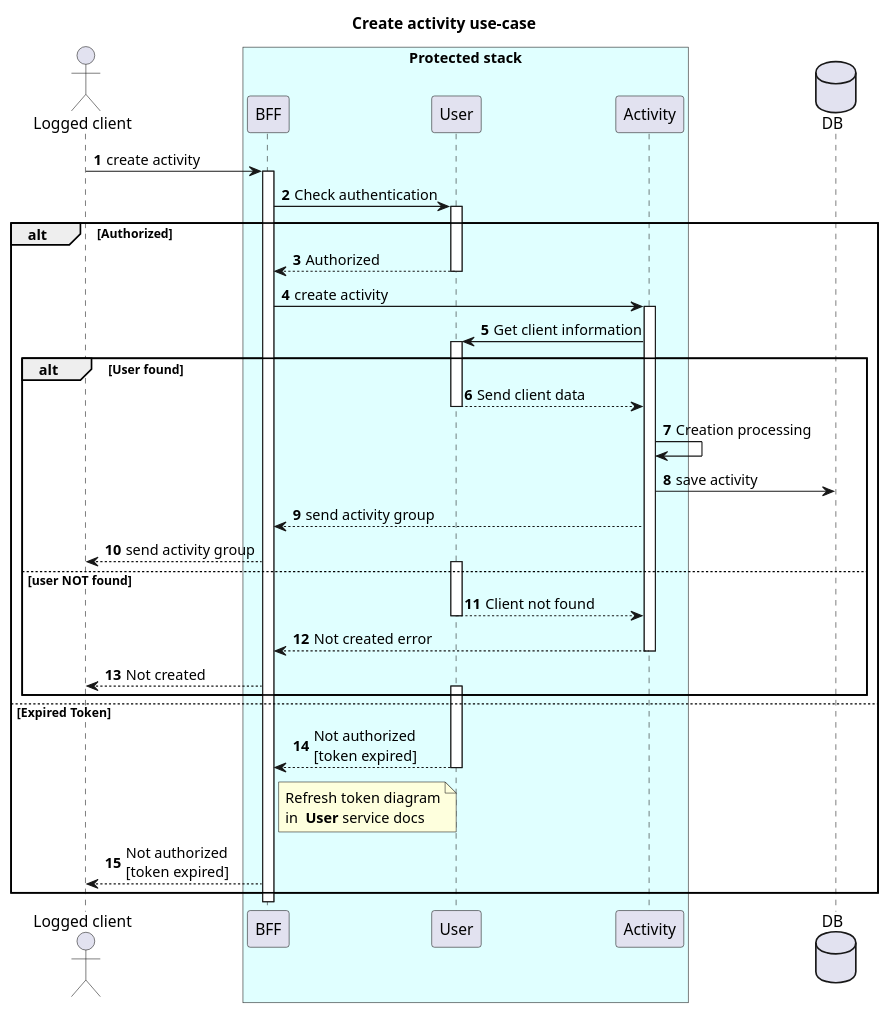
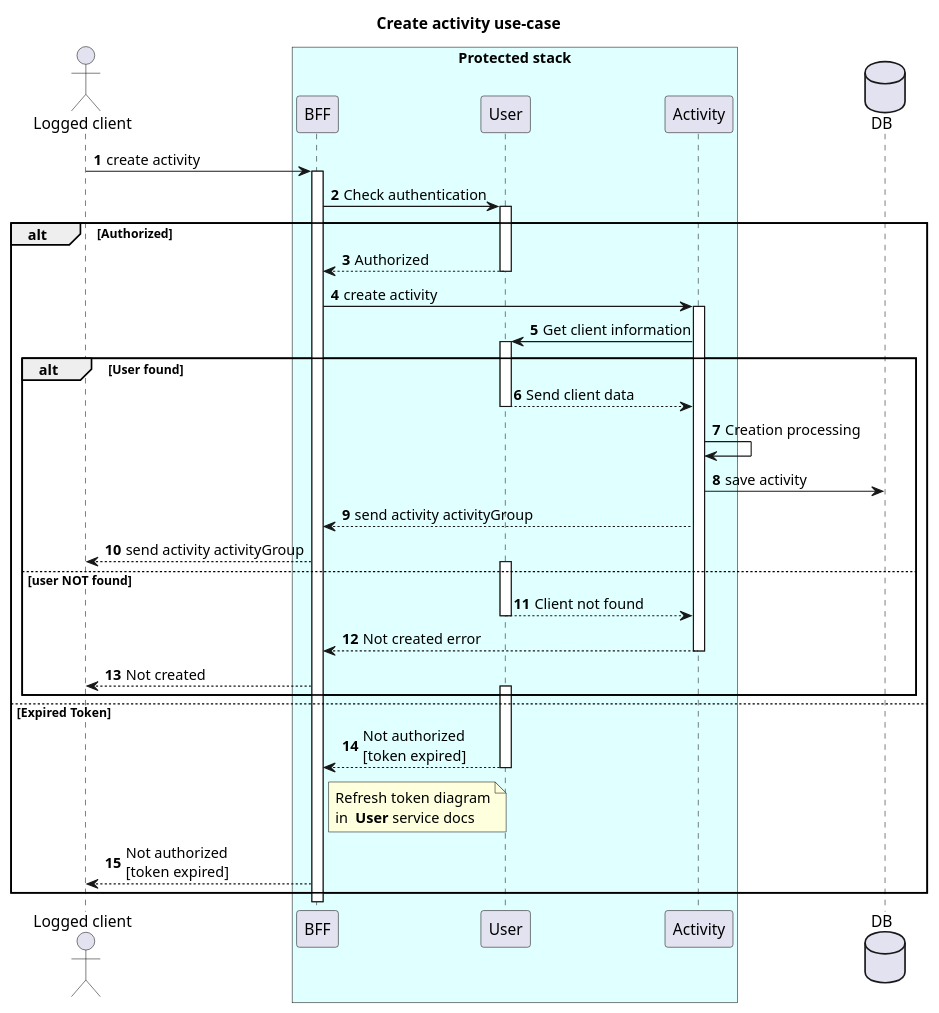
The diagram in docs/diagrams/sequence/create-acrtivity.wsd (orion-services/Activity), drawn with PlantUML before and after one commit. The commit also changed 54 other files, not shown here.

```diff
--- a/docs/diagrams/sequence/create-acrtivity.wsd
+++ b/docs/diagrams/sequence/create-acrtivity.wsd
@@ -1,52 +1,52 @@
 @startuml
   autonumber
   title "Create activity use-case"
 
   actor "Logged client" as client
   box "Protected stack" #LightCyan
   participant BFF
   participant User
   participant Activity
   end box
   database DB
 
 
   client -> BFF: create activity
   activate BFF
   BFF -> User: Check authentication
   activate User
 
   alt Authorized
     BFF <-- User: Authorized
     deactivate User
     BFF -> Activity: create activity
     activate Activity
     Activity -> User: Get client information
 
     alt User found
       activate User
       Activity <-- User: Send client data
       deactivate User
       Activity -> Activity: Creation processing
       Activity -> DB: save activity
-      BFF <-- Activity: send activity group
-      client <-- BFF: send activity group
+      BFF <-- Activity: send activity activityGroup
+      client <-- BFF: send activity activityGroup
       activate User
     else user **NOT** found
       Activity <-- User: Client not found
       deactivate User
       BFF <-- Activity: Not created error
       deactivate Activity
       client <-- BFF: Not created
       activate User
     end
   else Expired Token
     BFF <-- User: Not authorized \n[token expired]
     deactivate User
     note right of BFF
       Refresh token diagram
       in  **User** service docs
     end note
     client <-- BFF: Not authorized \n[token expired]   
   end
 @enduml
```
